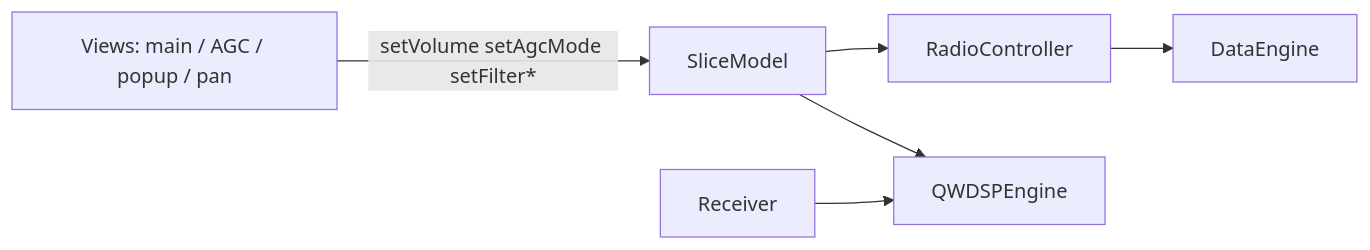
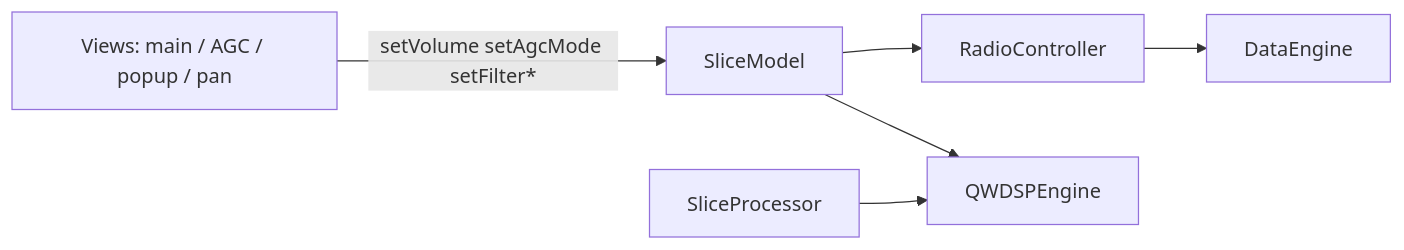
The diagram in Docs/mvc_slice_binding.md (zl2brg/cudaSDR), drawn with Mermaid before and after one commit. The commit also changed other lines of this file and 36 other files, not shown here.

First line of the commit message:
Complete MVC phases 4–5: slice-first UI and SliceProcessor rename.

````diff
--- a/Docs/mvc_slice_binding.md
+++ b/Docs/mvc_slice_binding.md
@@ -7,15 +7,15 @@
 ```mermaid
 flowchart LR
   UI[Views: main / AGC / popup / pan]
   SM[SliceModel]
   RC[RadioController]
   DE[DataEngine]
-  RX[Receiver]
+  RX[SliceProcessor]
   WDSP[QWDSPEngine]
 
   UI -->|setVolume setAgcMode setFilter*| SM
   SM --> RC
   RC --> DE
   SM --> WDSP
   RX --> WDSP
 ```
````
